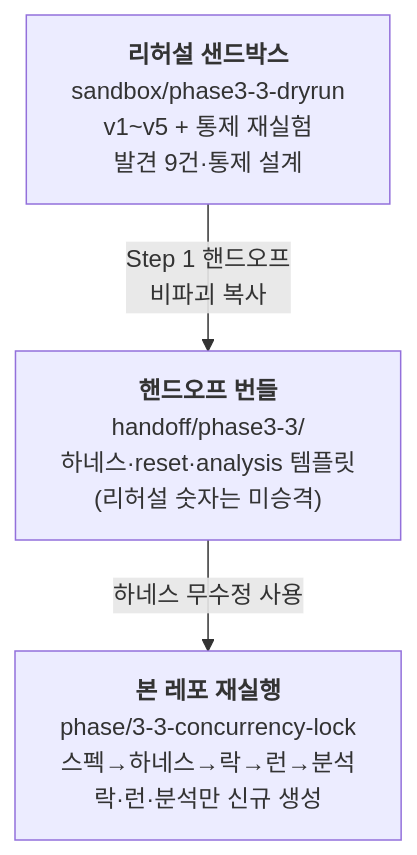
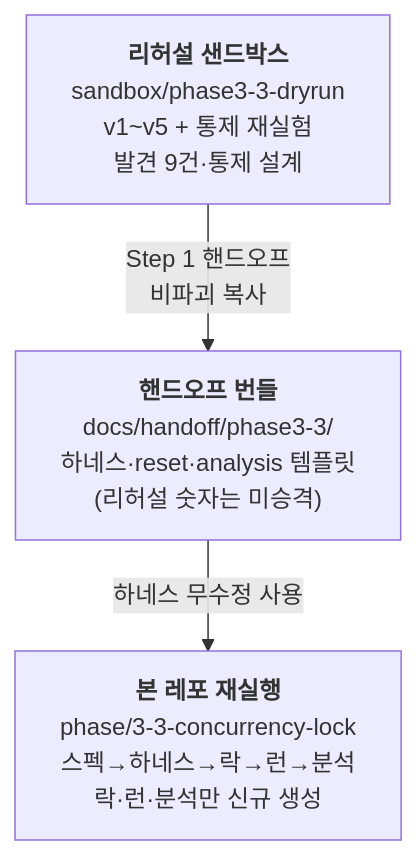
Before and after one commit to data-sy/high-traffic-performance-tuning: the second of 3 diagrams in docs/reports/phase3-3-concurrency-lock.md, drawn with Mermaid. The commit also changed other lines of this file and 52 other files, not shown here.

First line of the commit message:
test/docs(phase3-4): async issuance measurements + report + handoff

````diff
--- a/docs/reports/phase3-3-concurrency-lock.md
+++ b/docs/reports/phase3-3-concurrency-lock.md
@@ -78,8 +78,8 @@
 ```mermaid
 flowchart TD
     R["<b>리허설 샌드박스</b><br/>sandbox/phase3-3-dryrun<br/>v1~v5 + 통제 재실험<br/>발견 9건·통제 설계"]
-    H["<b>핸드오프 번들</b><br/>handoff/phase3-3/<br/>하네스·reset·analysis 템플릿<br/>(리허설 숫자는 미승격)"]
+    H["<b>핸드오프 번들</b><br/>docs/handoff/phase3-3/<br/>하네스·reset·analysis 템플릿<br/>(리허설 숫자는 미승격)"]
     M["<b>본 레포 재실행</b><br/>phase/3-3-concurrency-lock<br/>스펙→하네스→락→런→분석<br/>락·런·분석만 신규 생성"]
     R -->|"Step 1 핸드오프<br/>비파괴 복사"| H
     H -->|"하네스 무수정 사용"| M
 ```
````
